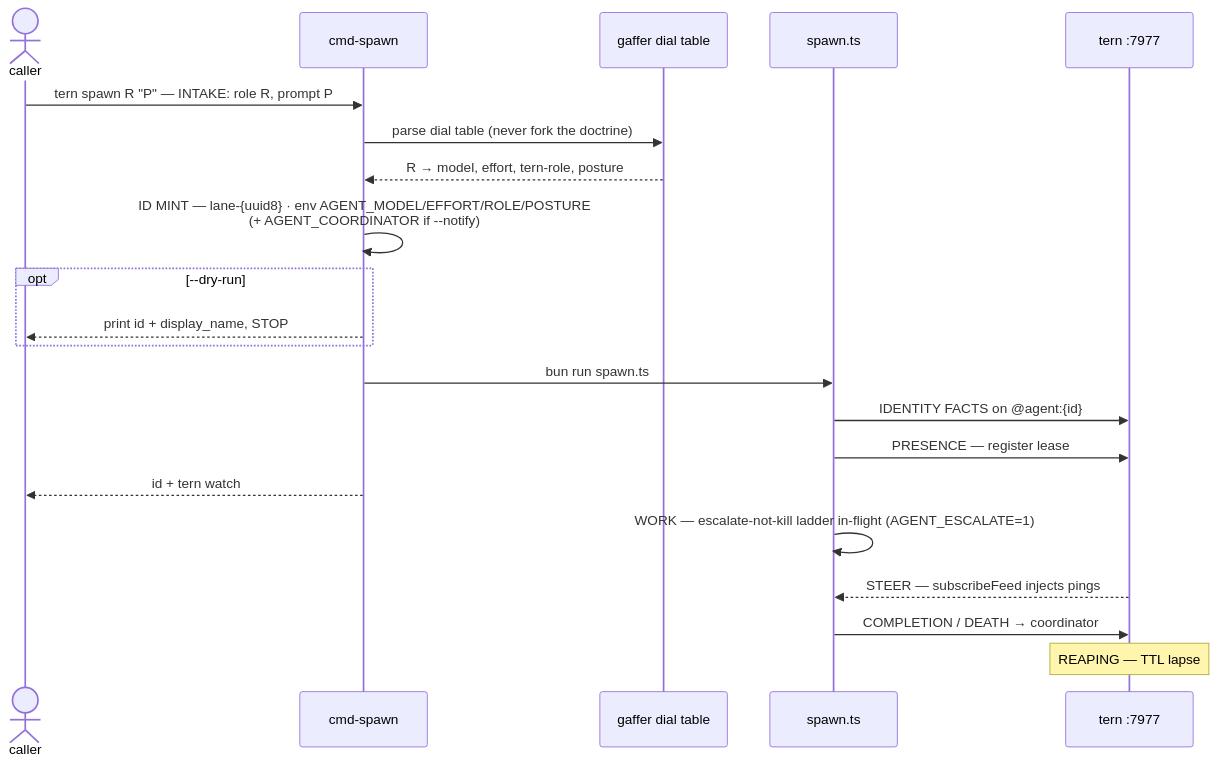
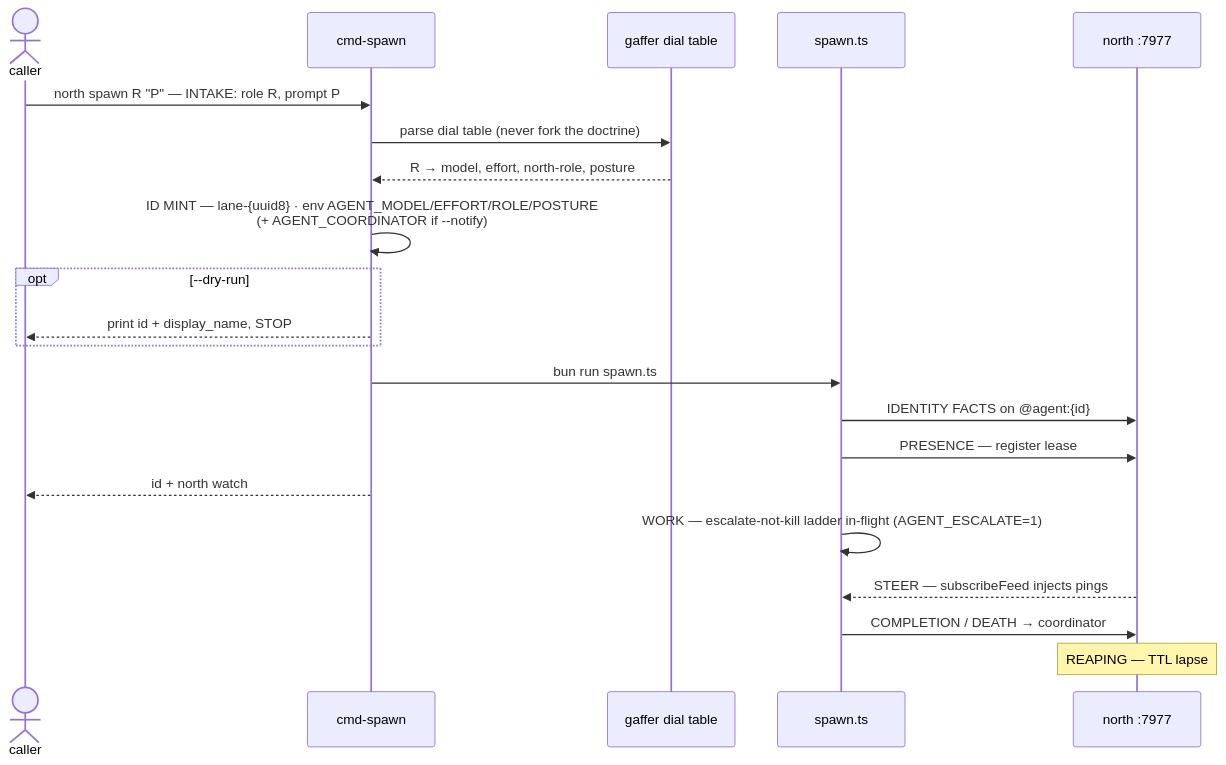
The sixth of 10 diagrams in dotfiles/claude/docs/workflow-map.md (tompassarelli/firn), drawn with Mermaid before and after one commit. The commit also changed other lines of this file and 7 other files, not shown here.

First line of the commit message:
rename(docs): tern→north — workflow-map, north.md, agent-protocol, praxis

````diff
--- a/dotfiles/claude/docs/workflow-map.md
+++ b/dotfiles/claude/docs/workflow-map.md
@@ -212,23 +212,23 @@
 ```mermaid
 sequenceDiagram
     actor CA as caller
     participant CS as cmd-spawn
     participant G as gaffer dial table
     participant SP as spawn.ts
-    participant T as tern :7977
-    CA->>CS: tern spawn R "P" — INTAKE: role R, prompt P
+    participant T as north :7977
+    CA->>CS: north spawn R "P" — INTAKE: role R, prompt P
     CS->>G: parse dial table (never fork the doctrine)
-    G-->>CS: R → model, effort, tern-role, posture
+    G-->>CS: R → model, effort, north-role, posture
     CS->>CS: ID MINT — lane-{uuid8} · env AGENT_MODEL/EFFORT/ROLE/POSTURE<br/>(+ AGENT_COORDINATOR if --notify)
     opt --dry-run
         CS-->>CA: print id + display_name, STOP
     end
     CS->>SP: bun run spawn.ts
     SP->>T: IDENTITY FACTS on @agent:{id}
     SP->>T: PRESENCE — register lease
-    CS-->>CA: id + tern watch
+    CS-->>CA: id + north watch
     SP->>SP: WORK — escalate-not-kill ladder in-flight (AGENT_ESCALATE=1)
     T-->>SP: STEER — subscribeFeed injects pings
     SP->>T: COMPLETION / DEATH → coordinator
     Note over T: REAPING — TTL lapse
 ```
````
